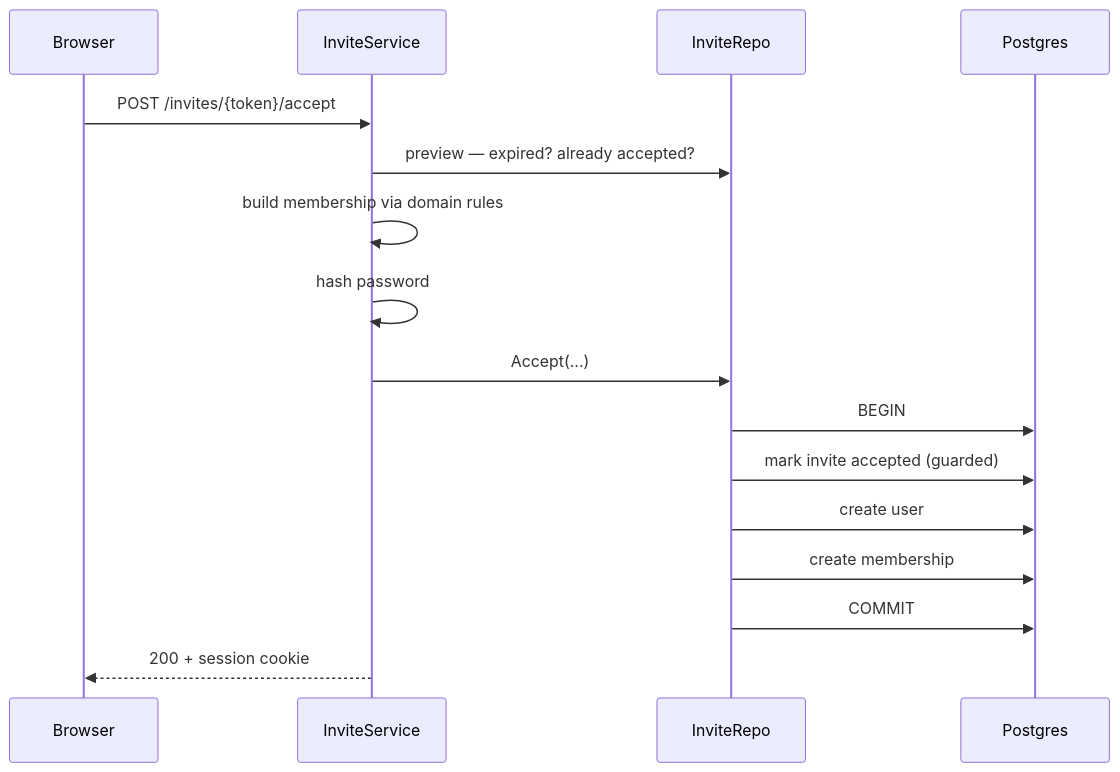
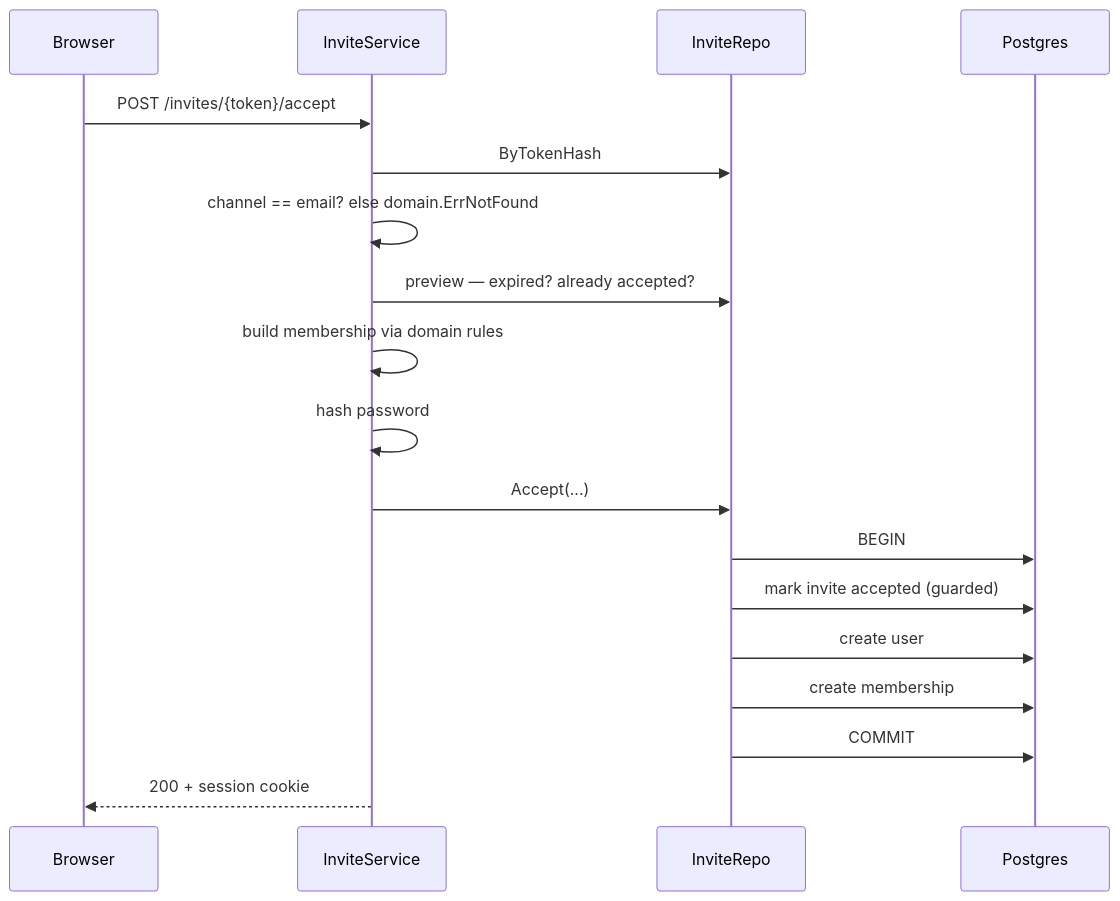
One commit to oandrz/Household changed the eighth of 26 diagrams in docs/SYSTEM_DESIGN.md. Above: the diagram before and after it, drawn with Mermaid. The commit also changed other lines of this file and 72 other files, not shown here.

First line of the commit message:
Partner invite lobby, milestone 2: a partner joins by knocking, not by email (#29)

````diff
--- a/docs/SYSTEM_DESIGN.md
+++ b/docs/SYSTEM_DESIGN.md
@@ -1475,19 +1497,21 @@
 ```mermaid
 sequenceDiagram
     participant B as Browser
     participant I as InviteService
     participant R as InviteRepo
     participant DB as Postgres
 
     B->>I: POST /invites/{token}/accept
+    I->>R: ByTokenHash
+    I->>I: channel == email? else domain.ErrNotFound
     I->>R: preview — expired? already accepted?
     I->>I: build membership via domain rules
     I->>I: hash password
     I->>R: Accept(...)
     R->>DB: BEGIN
     R->>DB: mark invite accepted (guarded)
     R->>DB: create user
     R->>DB: create membership
     R->>DB: COMMIT
     I-->>B: 200 + session cookie
 ```
````
